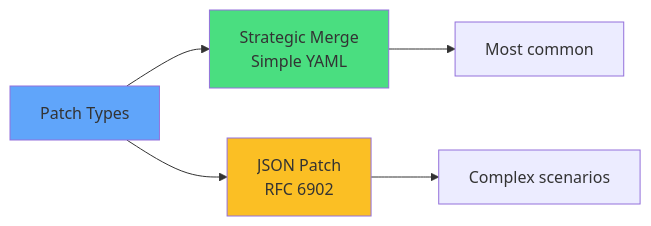
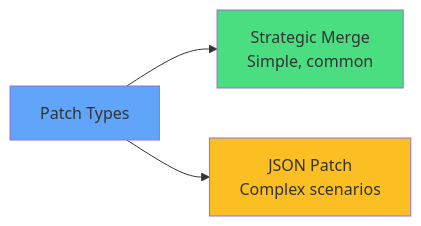
One commit to courselabs/kubernetes changed the fifth of 9 diagrams in slides/kustomize/slides.md. Above: the diagram before and after it, drawn with Mermaid. The commit also changed other lines of this file and 5 other files, not shown here.

````diff
--- a/slides/kustomize/slides.md
+++ b/slides/kustomize/slides.md
@@ -259,10 +295,8 @@
 ```mermaid
 graph LR
-    P[Patch Types] --> S[Strategic Merge<br/>Simple YAML]
-    P --> J[JSON Patch<br/>RFC 6902]
-    S --> U[Most common]
-    J --> C[Complex scenarios]
+    P[Patch Types] --> S[Strategic Merge<br/>Simple, common]
+    P --> J[JSON Patch<br/>Complex scenarios]
     style P fill:#60a5fa
     style S fill:#4ade80
     style J fill:#fbbf24
 ```
````
